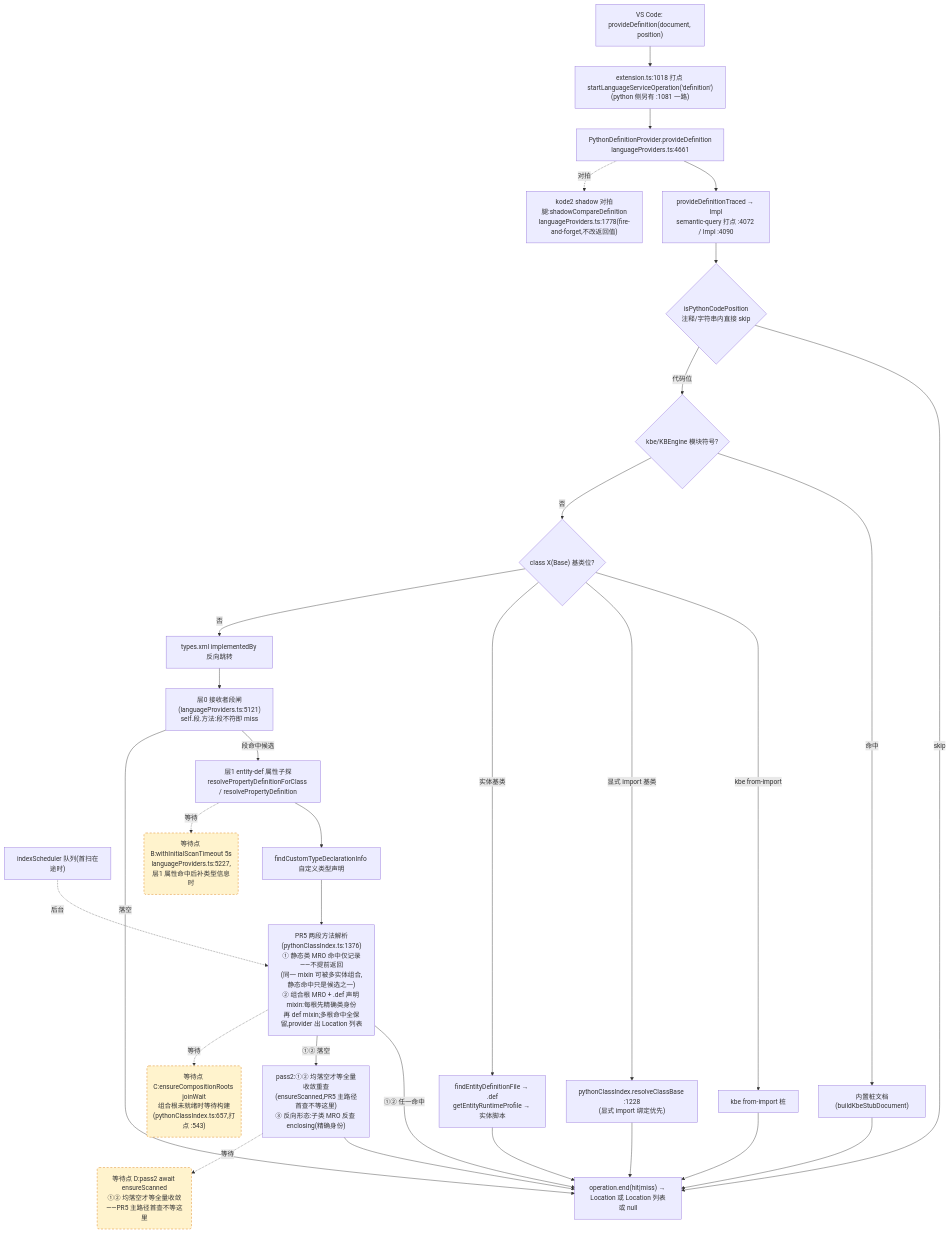
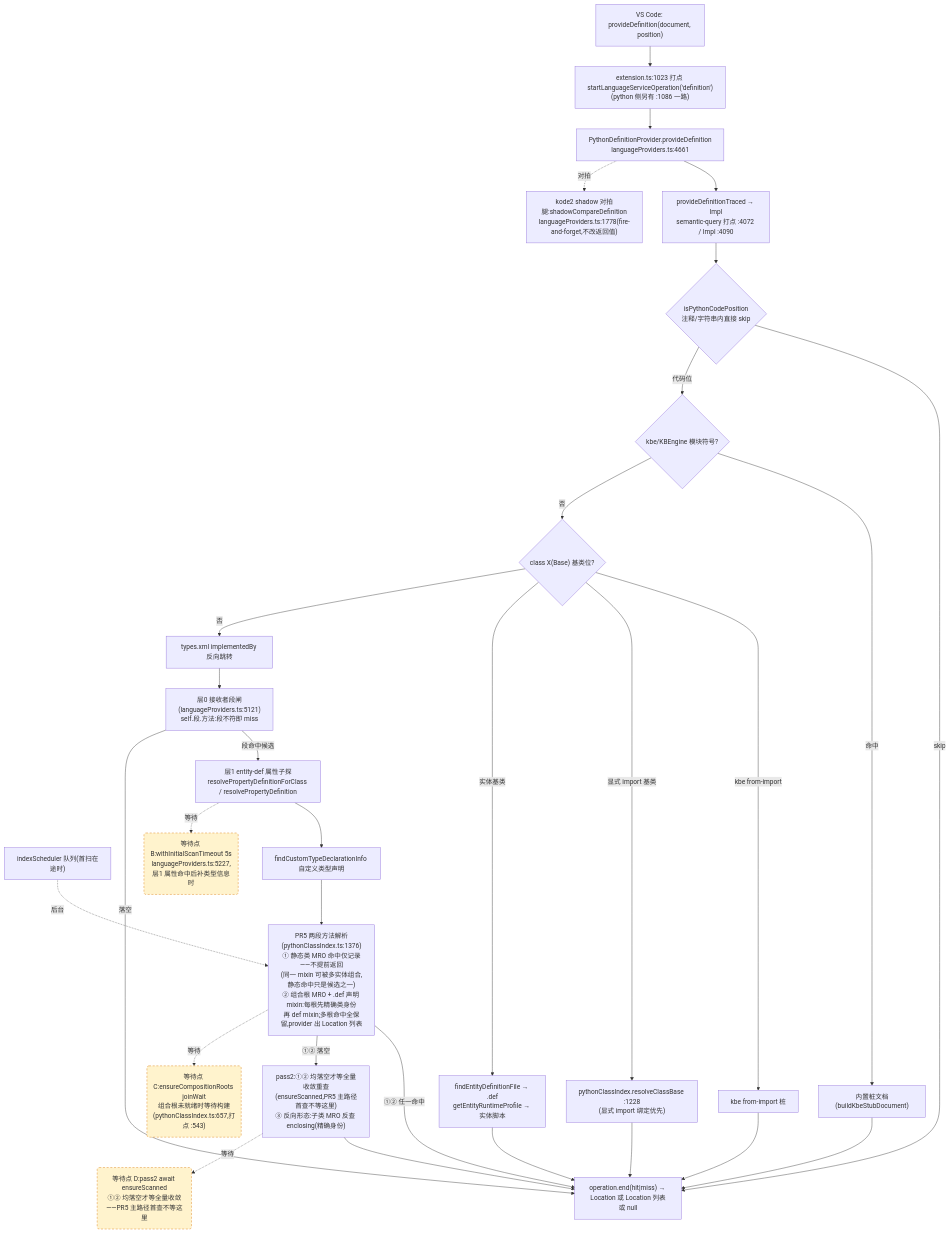
Before and after one commit to cuihairu/kode: the second of 4 diagrams in docs/perf/2026-baseline.md, drawn with Mermaid. The commit also changed other lines of this file and 11 other files, not shown here.

````diff
--- a/docs/perf/2026-baseline.md
+++ b/docs/perf/2026-baseline.md
@@ -130,51 +130,51 @@
 ```mermaid
 flowchart TD
   VC2["VS Code: provideDefinition(document, position)"]
-  M2["extension.ts:1018 打点 startLanguageServiceOperation('definition')<br/>(python 侧另有 :1081 一路)"]
+  M2["extension.ts:1023 打点 startLanguageServiceOperation('definition')<br/>(python 侧另有 :1086 一路)"]
   AD2["PythonDefinitionProvider.provideDefinition<br/>languageProviders.ts:4661"]
   TR["provideDefinitionTraced → Impl<br/>semantic-query 打点 :4072 / Impl :4090"]
   CTX{"isPythonCodePosition<br/>注释/字符串内直接 skip"}
   KBE{"kbe/KBEngine 模块符号?"}
   STUB["内置桩文档(buildKbeStubDocument)"]
   CB{"class X(Base) 基类位?"}
   CB1["kbe from-import 桩"]
   CB2["pythonClassIndex.resolveClassBase :1228<br/>(显式 import 绑定优先)"]
   CB3["findEntityDefinitionFile → .def<br/>getEntityRuntimeProfile → 实体脚本"]
   REV["types.xml implementedBy 反向跳转"]
   L0["层0 接收者段闸(languageProviders.ts:5121)<br/>self.段.方法:段不符即 miss"]
   L1["层1 entity-def 属性子探<br/>resolvePropertyDefinitionForClass / resolvePropertyDefinition"]
   SCAN["indexScheduler 队列(首扫在途时)"]
   TY["findCustomTypeDeclarationInfo 自定义类型声明"]
   MRO["PR5 两段方法解析(pythonClassIndex.ts:1376)<br/>① 静态类 MRO 命中仅记录——不提前返回<br/>(同一 mixin 可被多实体组合,静态命中只是候选之一)<br/>② 组合根 MRO + .def 声明 mixin:每根先精确类身份<br/>再 def mixin;多根命中全保留,provider 出 Location 列表"]
   PASS2["pass2:①② 均落空才等全量收敛重查<br/>(ensureScanned,PR5 主路径首查不等这里)<br/>③ 反向形态:子类 MRO 反查 enclosing(精确身份)"]
   SHD["kode2 shadow 对拍腿:shadowCompareDefinition<br/>languageProviders.ts:1778(fire-and-forget,不改返回值)"]
   END2["operation.end(hit|miss) → Location 或 Location 列表或 null"]
 
   VC2 --> M2 --> AD2 --> TR --> CTX
   CTX -- "skip" --> END2
   CTX -- "代码位" --> KBE
   KBE -- "命中" --> STUB --> END2
   KBE -- "否" --> CB
   CB -- "kbe from-import" --> CB1 --> END2
   CB -- "显式 import 基类" --> CB2 --> END2
   CB -- "实体基类" --> CB3 --> END2
   CB -- "否" --> REV --> L0
   L0 -- "段命中候选" --> L1
   L0 -- "落空" --> END2
   L1 --> TY
   TY --> MRO
   MRO -- "①② 任一命中" --> END2
   MRO -- "①② 落空" --> PASS2 --> END2
   AD2 -.->|对拍| SHD
 
   WAITB("等待点 B:withInitialScanTimeout 5s<br/>languageProviders.ts:5227,层1 属性命中后补类型信息时")
   WAITC("等待点 C:ensureCompositionRoots joinWait<br/>组合根未就绪时等待构建(pythonClassIndex.ts:657,打点 :543)")
   WAITD("等待点 D:pass2 await ensureScanned<br/>①② 均落空才等全量收敛——PR5 主路径首查不等这里")
   L1 -.->|等待| WAITB
   MRO -.->|等待| WAITC
   PASS2 -.->|等待| WAITD
   SCAN -.->|后台| MRO
 
   classDef waitPoint fill:#fff3cd,stroke:#d97706,stroke-dasharray:5 4;
   class WAITB,WAITC,WAITD waitPoint;
 ```
````
